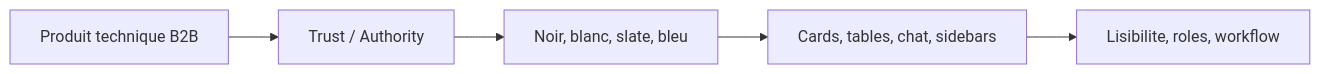
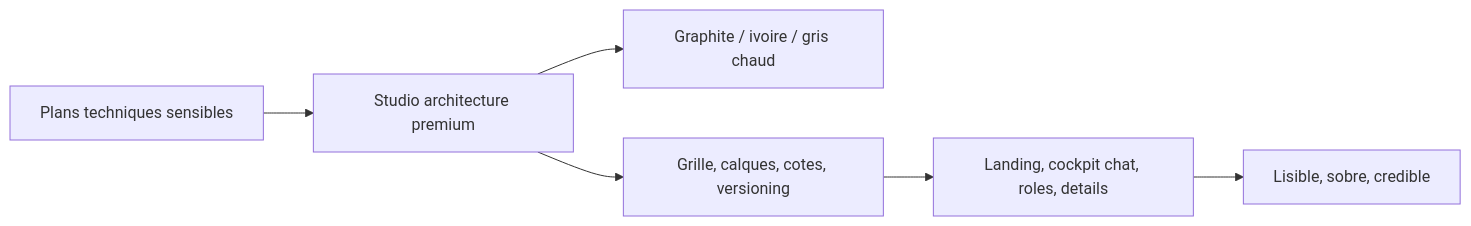
One commit to RAYAN-DOB/vellum changed the diagram in docs/ux-ui-pro-max.md. Above: the diagram before and after it, drawn with Mermaid. The commit also changed other lines of this file and 42 other files, not shown here.

Commit message:
Rebuild visual identity with architectural premium UI

````diff
--- a/docs/ux-ui-pro-max.md
+++ b/docs/ux-ui-pro-max.md
@@ -22,7 +23,8 @@
 ```mermaid
 flowchart LR
-  Product["Produit technique B2B"] --> Trust["Trust / Authority"]
-  Trust --> Visuals["Noir, blanc, slate, bleu"]
-  Visuals --> Components["Cards, tables, chat, sidebars"]
-  Components --> UX["Lisibilite, roles, workflow"]
+  Product["Plans techniques sensibles"] --> Mood["Studio architecture premium"]
+  Mood --> Palette["Graphite / ivoire / gris chaud"]
+  Mood --> Patterns["Grille, calques, cotes, versioning"]
+  Patterns --> Screens["Landing, cockpit chat, roles, details"]
+  Screens --> Trust["Lisible, sobre, credible"]
 ```
````
